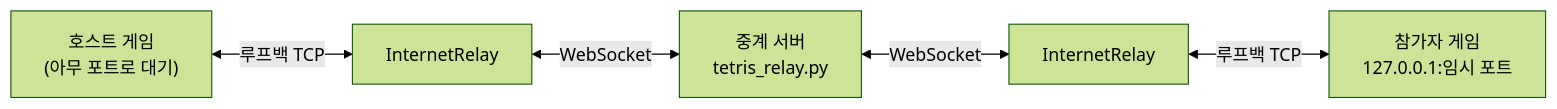
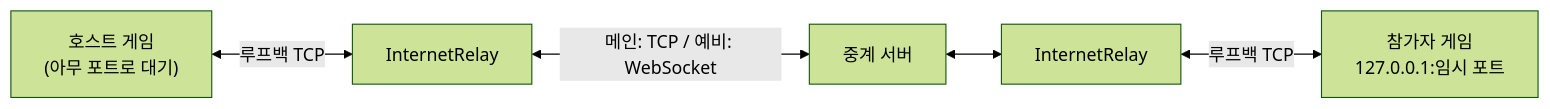
The diagram in relay/README.md (yoobinkim541/SE_tetris_team6), drawn with Mermaid (forest theme) before and after one commit. The commit also changed other lines of this file and 16 other files, not shown here.

````diff
--- a/relay/README.md
+++ b/relay/README.md
@@ -5,7 +5,7 @@
 ```mermaid
 flowchart LR
     HG["호스트 게임<br/>(아무 포트로 대기)"] <-->|루프백 TCP| HB["InternetRelay"]
-    HB <-->|WebSocket| R["중계 서버<br/>tetris_relay.py"]
-    R <-->|WebSocket| GB["InternetRelay"]
+    HB <-->|"메인: TCP / 예비: WebSocket"| R["중계 서버"]
+    R <--> GB["InternetRelay"]
     GB <-->|루프백 TCP| GG["참가자 게임<br/>127.0.0.1:임시 포트"]
 ```
````
